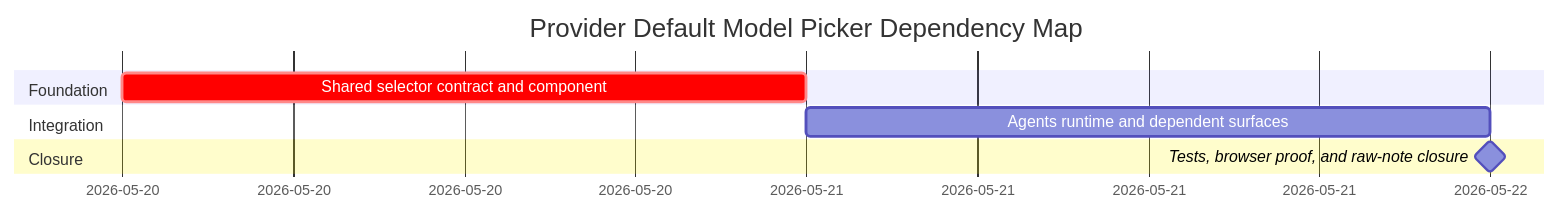
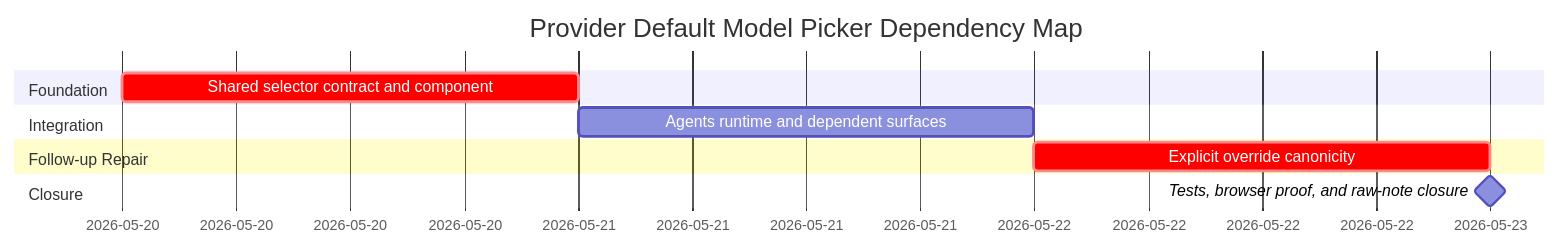
The diagram in .codex/bundles/provider-default-model-picker/plan/01-phase-plan.md (fyziktom/CanDoItAll), drawn with Mermaid before and after one commit. The commit also changed other lines of this file and 19 other files, not shown here.

````diff
--- a/.codex/bundles/provider-default-model-picker/plan/01-phase-plan.md
+++ b/.codex/bundles/provider-default-model-picker/plan/01-phase-plan.md
@@ -13,11 +14,13 @@
 ```mermaid
 gantt
 title Provider Default Model Picker Dependency Map
 dateFormat  YYYY-MM-DD
 section Foundation
 Shared selector contract and component :crit, s1, 2026-05-20, 1d
 section Integration
 Agents runtime and dependent surfaces :s2, after s1, 1d
+section Follow-up Repair
+Explicit override canonicity :crit, s3, after s2, 1d
 section Closure
-Tests, browser proof, and raw-note closure :milestone, after s2, 0d
+Tests, browser proof, and raw-note closure :milestone, after s3, 0d
 ```
````
